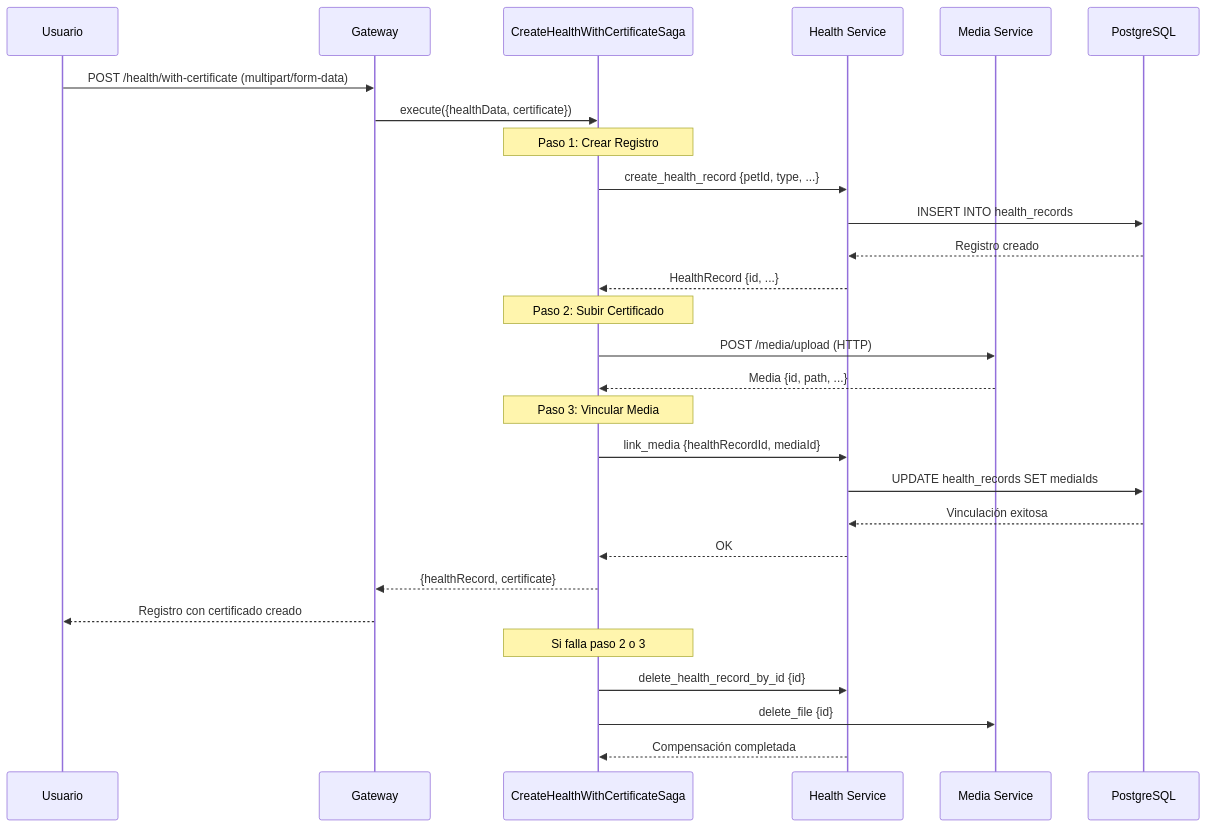
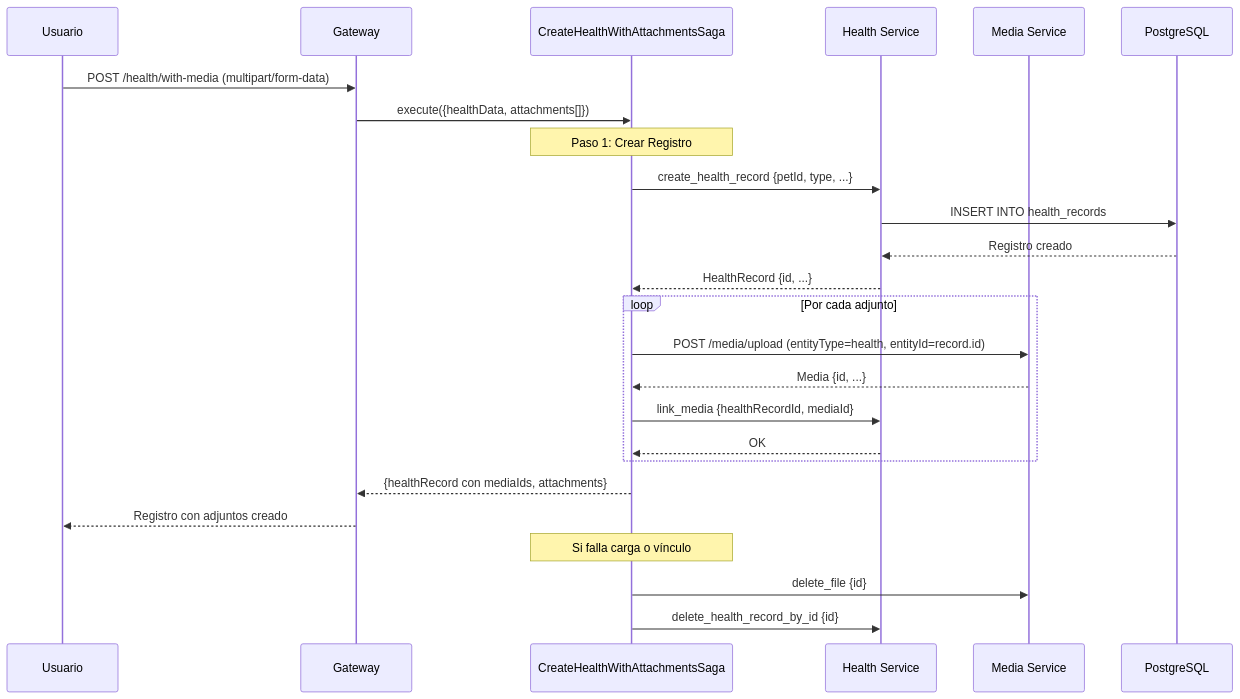
Before and after one commit to Libreta-Sanitaria-Mascotas/health: the fourth of 9 diagrams in README.md, drawn with Mermaid. The commit also changed other lines of this file and 4 other files, not shown here.

````diff
--- a/README.md
+++ b/README.md
@@ -135,36 +133,32 @@
 ```mermaid
 sequenceDiagram
     participant U as Usuario
     participant G as Gateway
-    participant Saga as CreateHealthWithCertificateSaga
+    participant Saga as CreateHealthWithAttachmentsSaga
     participant HS as Health Service
     participant MS as Media Service
     participant DB as PostgreSQL
     
-    U->>G: POST /health/with-certificate (multipart/form-data)
-    G->>Saga: execute({healthData, certificate})
+    U->>G: POST /health/with-media (multipart/form-data)
+    G->>Saga: execute({healthData, attachments[]})
     
     Note over Saga: Paso 1: Crear Registro
     Saga->>HS: create_health_record {petId, type, ...}
     HS->>DB: INSERT INTO health_records
     DB-->>HS: Registro creado
     HS-->>Saga: HealthRecord {id, ...}
     
-    Note over Saga: Paso 2: Subir Certificado
-    Saga->>MS: POST /media/upload (HTTP)
-    MS-->>Saga: Media {id, path, ...}
+    loop Por cada adjunto
+        Saga->>MS: POST /media/upload (entityType=health, entityId=record.id)
+        MS-->>Saga: Media {id, ...}
+        Saga->>HS: link_media {healthRecordId, mediaId}
+        HS-->>Saga: OK
+    end
     
-    Note over Saga: Paso 3: Vincular Media
-    Saga->>HS: link_media {healthRecordId, mediaId}
-    HS->>DB: UPDATE health_records SET mediaIds
-    DB-->>HS: Vinculación exitosa
-    HS-->>Saga: OK
+    Saga-->>G: {healthRecord con mediaIds, attachments}
+    G-->>U: Registro con adjuntos creado
     
-    Saga-->>G: {healthRecord, certificate}
-    G-->>U: Registro con certificado creado
-    
-    Note over Saga: Si falla paso 2 o 3
+    Note over Saga: Si falla carga o vínculo
+    Saga->>MS: delete_file {id}
     Saga->>HS: delete_health_record_by_id {id}
-    Saga->>MS: delete_file {id}
-    HS-->>Saga: Compensación completada
 ```
````
